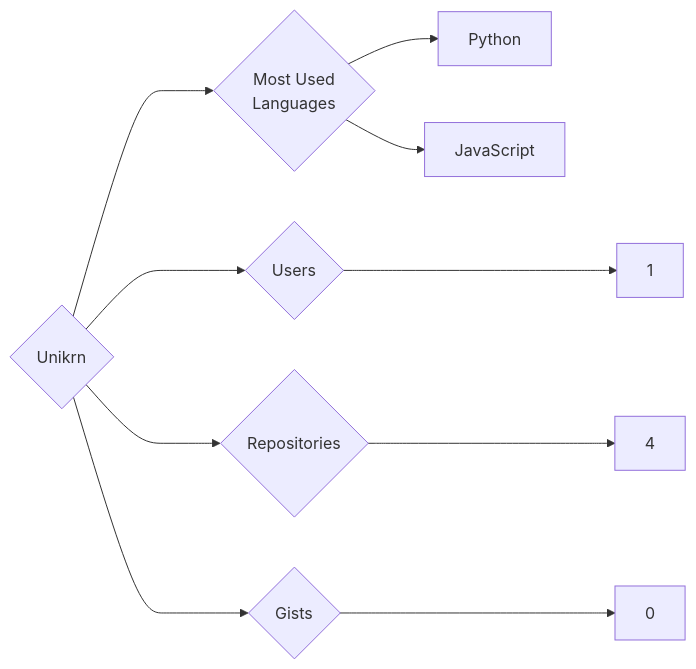
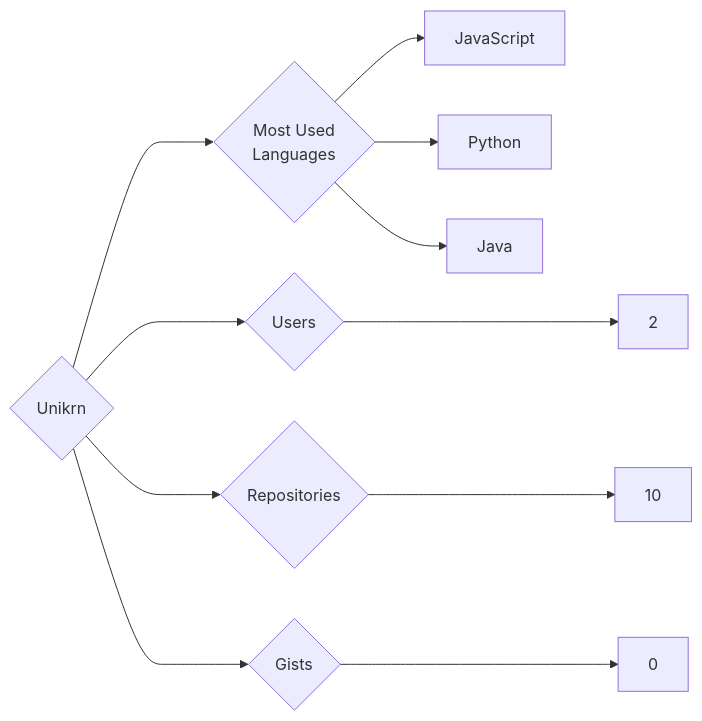
One commit to trickest/insiders changed the diagram in targets/Unikrn/README.md. Above: the diagram before and after it, drawn with Mermaid. The commit also changed 976 other files, not shown here.

````diff
--- a/targets/Unikrn/README.md
+++ b/targets/Unikrn/README.md
@@ -3,10 +3,11 @@
 ```mermaid
 graph LR
 COMPANY_NAME{Unikrn}
-COMPANY_NAME ---> U{Users} ---> UN[1]
-COMPANY_NAME ---> R{Repositories} ---> RN[4]
+COMPANY_NAME ---> U{Users} ---> UN[2]
+COMPANY_NAME ---> R{Repositories} ---> RN[10]
 COMPANY_NAME ---> G{Gists} ---> GN[0]
 COMPANY_NAME ---> ML{Most Used<br>Languages}
+ML --> JavaScript[JavaScript]
 ML --> Python[Python]
-ML --> JavaScript[JavaScript]
+ML --> Java[Java]
 ```
````
